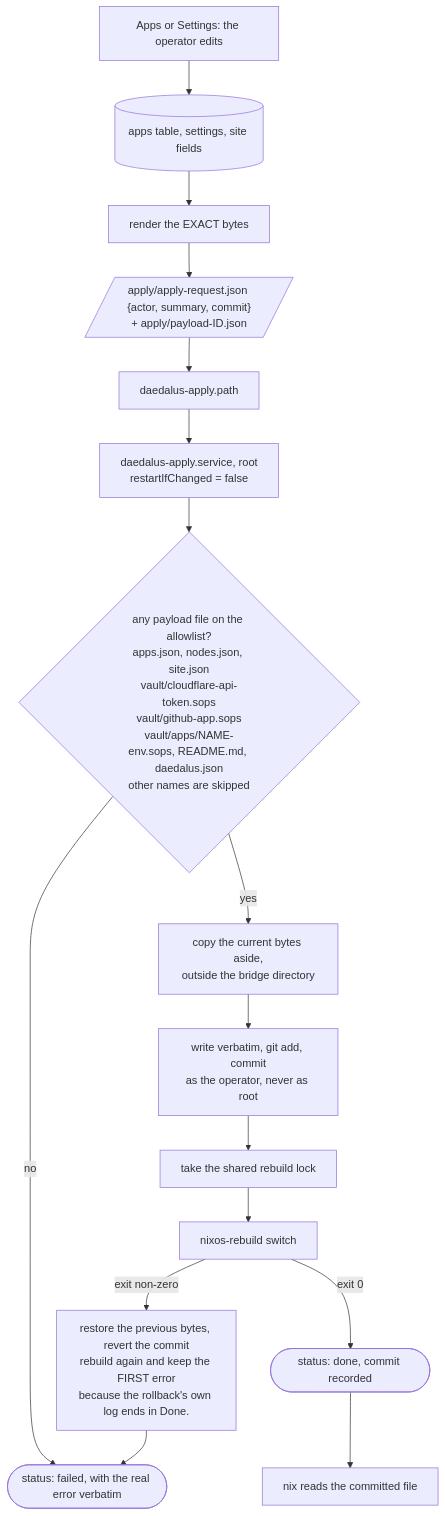
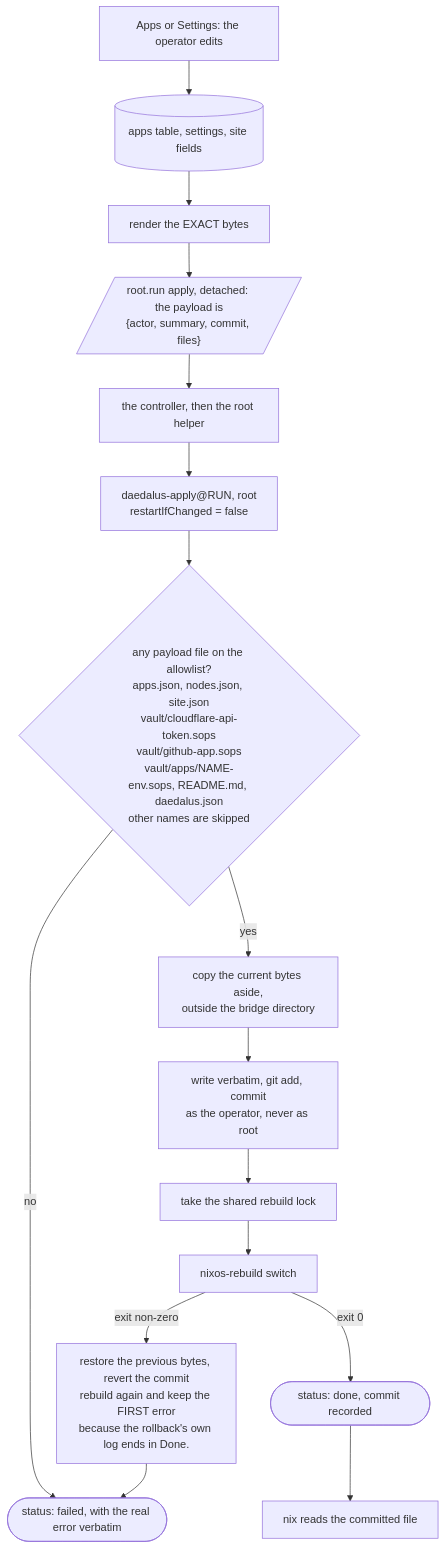
The third of 5 diagrams in ARCHITECTURE.md (santiagotoscanini/daedalus), drawn with Mermaid before and after one commit. The commit also changed other lines of this file and 29 other files, not shown here.

Commit message:
apply: a root verb — the rendered files and what to record are one payload, status in /verbs under the run's id; rollback, first error and the host-built allowlist unchanged; the request side of the bridge (defineBridge, the pickup window) goes

````diff
--- a/ARCHITECTURE.md
+++ b/ARCHITECTURE.md
@@ -224,25 +224,25 @@
 ```mermaid
 flowchart TB
   UI["Apps or Settings: the operator edits"]
   DBT[("apps table, settings, site fields")]
   Render["render the EXACT bytes"]
-  Req[/"apply/apply-request.json {actor, summary, commit}<br/>+ apply/payload-ID.json"/]
-  PathU["daedalus-apply.path"]
-  Sh["daedalus-apply.service, root<br/>restartIfChanged = false"]
+  Req[/"root.run apply, detached: the payload is<br/>{actor, summary, commit, files}"/]
+  PathU["the controller, then the root helper"]
+  Sh["daedalus-apply@RUN, root<br/>restartIfChanged = false"]
   Allow{"any payload file on the allowlist?<br/>apps.json, nodes.json, site.json<br/>vault/cloudflare-api-token.sops<br/>vault/github-app.sops<br/>vault/apps/NAME-env.sops, README.md, daedalus.json<br/>other names are skipped"}
   Prev["copy the current bytes aside,<br/>outside the bridge directory"]
   Git["write verbatim, git add, commit<br/>as the operator, never as root"]
   Lock["take the shared rebuild lock"]
   Sw["nixos-rebuild switch"]
   Ok(["status: done, commit recorded"])
   Roll["restore the previous bytes, revert the commit<br/>rebuild again and keep the FIRST error<br/>because the rollback's own log ends in Done."]
   Bad(["status: failed, with the real error verbatim"])
   NixRead["nix reads the committed file"]
 
   UI --> DBT --> Render --> Req --> PathU --> Sh --> Allow
   Allow -- no --> Bad
   Allow -- yes --> Prev --> Git --> Lock --> Sw
   Sw -- "exit 0" --> Ok
   Sw -- "exit non-zero" --> Roll --> Bad
   Ok --> NixRead
 ```
````
